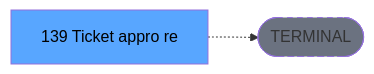
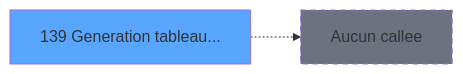
The third of 3 diagrams in .openspec/specs/ADH-IDE-139.md (thonyAGP/magic-migration), drawn with Mermaid before and after one commit. The commit also changed other lines of this file and 311 other files, not shown here.

````diff
--- a/.openspec/specs/ADH-IDE-139.md
+++ b/.openspec/specs/ADH-IDE-139.md
@@ -152,8 +305,8 @@
 ```mermaid
 graph LR
-    T[139 Ticket appro re]
-    TERM([TERMINAL])
-    T -.-> TERM
-    style TERM fill:#6b7280,stroke-dasharray: 5 5
-    style T fill:#58a6ff,color:#000
+    T139[139 Generation tableau...]
+    style T139 fill:#58a6ff
+    NONE[Aucun callee]
+    T139 -.-> NONE
+    style NONE fill:#6b7280,stroke-dasharray: 5 5
 ```
````
